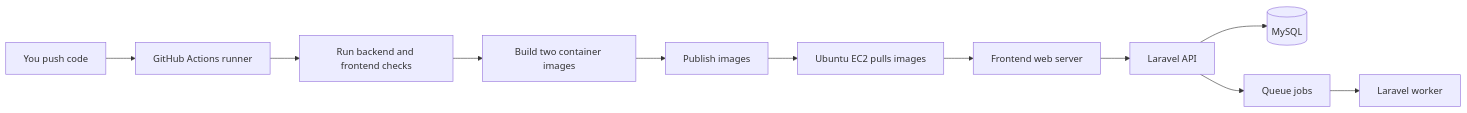
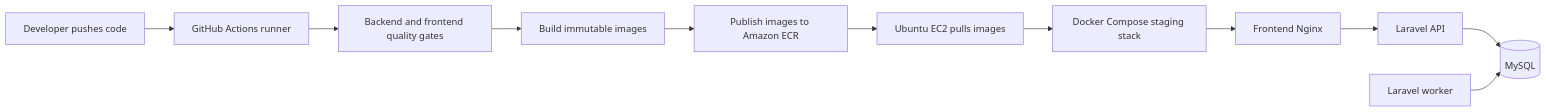
One commit to Sama-Mokom/CampusDesk changed the first of 2 diagrams in CI-CD.md. Above: the diagram before and after it, drawn with Mermaid. The commit also changed other lines of this file and 38 other files, not shown here.

````diff
--- a/CI-CD.md
+++ b/CI-CD.md
@@ -1,13 +34,13 @@
 ```mermaid
 flowchart LR
-    A[You push code] --> B[GitHub Actions runner]
-    B --> C[Run backend and frontend checks]
-    C --> D[Build two container images]
-    D --> E[Publish images]
+    A[Developer pushes code] --> B[GitHub Actions runner]
+    B --> C[Backend and frontend quality gates]
+    C --> D[Build immutable images]
+    D --> E[Publish images to Amazon ECR]
     E --> F[Ubuntu EC2 pulls images]
-    F --> G[Frontend web server]
-    G --> H[Laravel API]
-    H --> I[(MySQL)]
-    H --> J[Queue jobs]
-    J --> K[Laravel worker]
+    F --> G[Docker Compose staging stack]
+    G --> H[Frontend Nginx]
+    H --> I[Laravel API]
+    I --> J[(MySQL)]
+    K[Laravel worker] --> J
 ```
````
